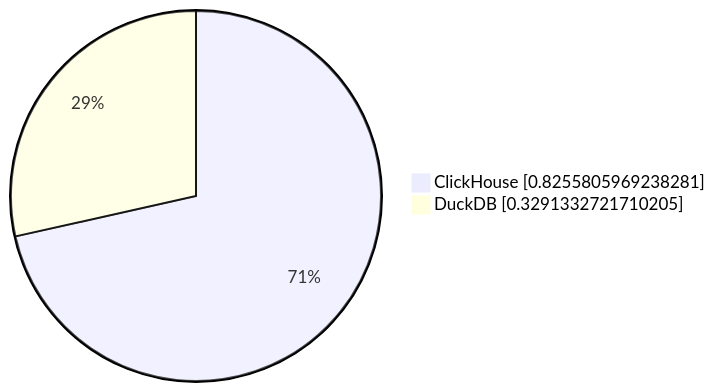
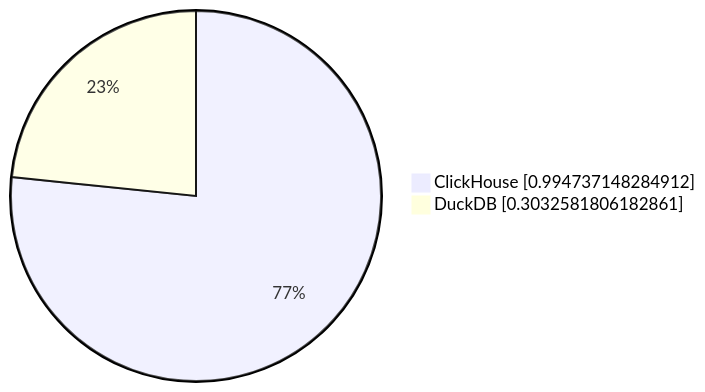
One commit to Altinity/clickhouse-regression changed the sixth of 10 diagrams in parquet/performance/results/README.md. Above: the diagram before and after it, drawn with Mermaid. The commit also changed other lines of this file and 2 other files, not shown here.

````diff
--- a/parquet/performance/results/README.md
+++ b/parquet/performance/results/README.md
@@ -60,5 +60,5 @@
 ```mermaid
      pie showData
-         "ClickHouse" : 0.8255805969238281
-         "DuckDB" : 0.3291332721710205
+         "ClickHouse" : 0.994737148284912
+         "DuckDB" : 0.3032581806182861
 ```
````
